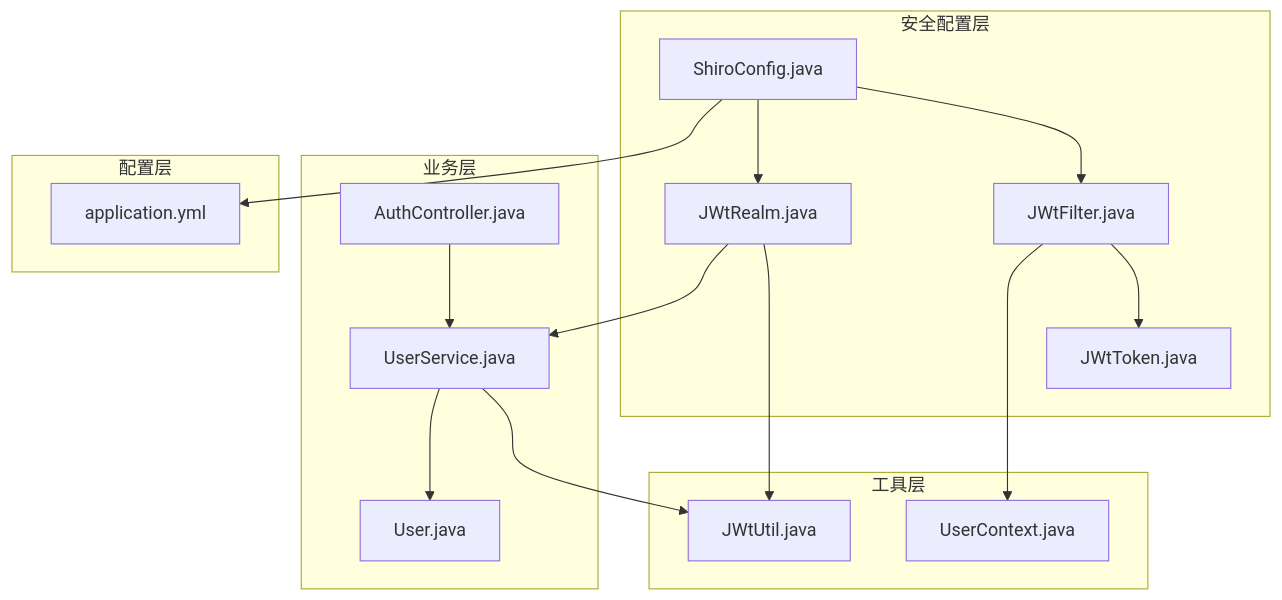
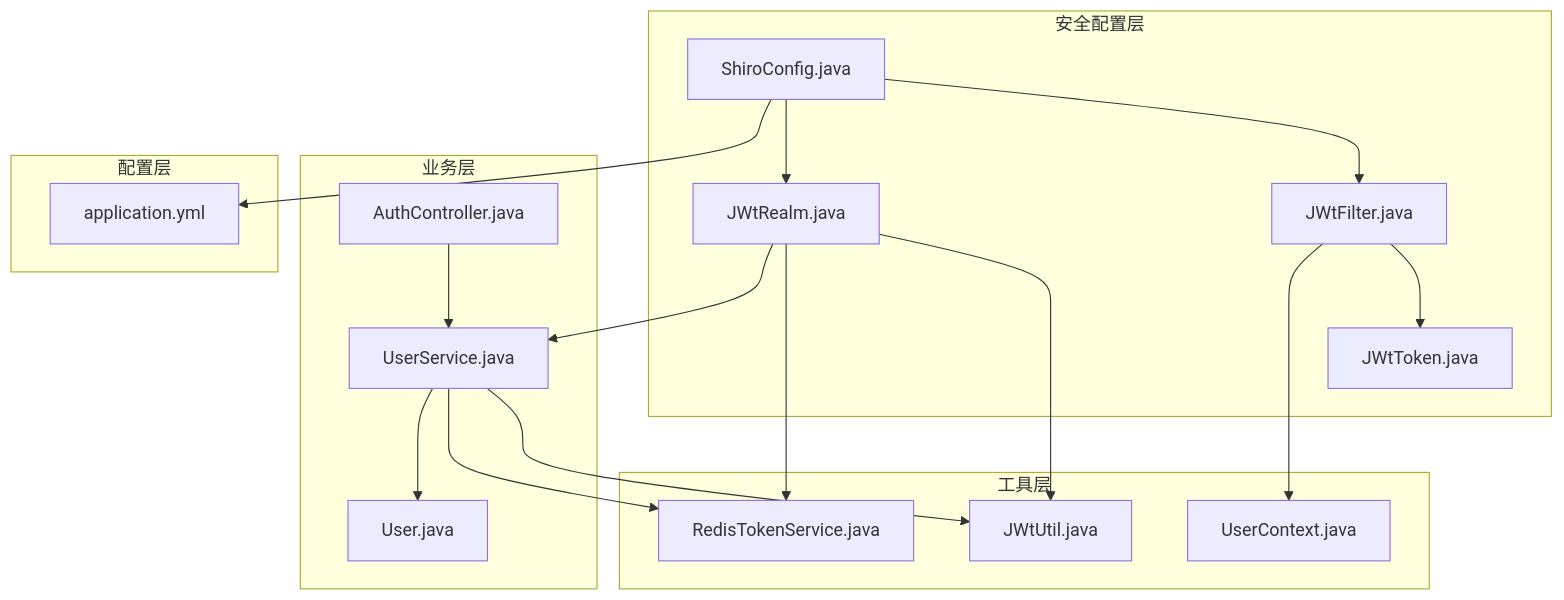
One commit to 20164206160/zhishilu changed the first of 9 diagrams in .qoder/repowiki/zh/content/系统架构/安全架构设计.md. Above: the diagram before and after it, drawn with Mermaid. The commit also changed other lines of this file and 28 other files, not shown here.

````diff
--- a/.qoder/repowiki/zh/content/系统架构/安全架构设计.md
+++ b/.qoder/repowiki/zh/content/系统架构/安全架构设计.md
@@ -37,31 +45,34 @@
 ```mermaid
 graph TB
 subgraph "安全配置层"
 SC[ShiroConfig.java]
 JC[JWtFilter.java]
 JR[JWtRealm.java]
 JT[JWtToken.java]
 end
 subgraph "工具层"
 JU[JWtUtil.java]
 UC[UserContext.java]
+RT[RedisTokenService.java]
 end
 subgraph "业务层"
 AC[AuthController.java]
 US[UserService.java]
 UE[User.java]
 end
 subgraph "配置层"
 YML[application.yml]
 end
 SC --> JC
 SC --> JR
 JC --> JT
 JR --> JU
+JR --> RT
 JR --> US
 US --> JU
+US --> RT
 US --> UE
 AC --> US
 JC --> UC
 SC --> YML
 ```
````
